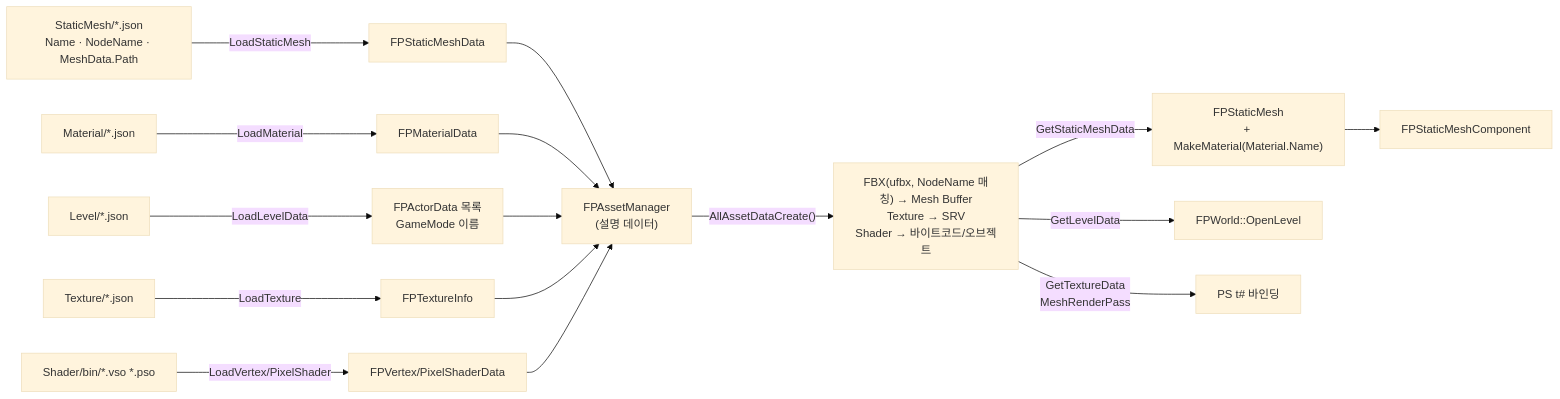
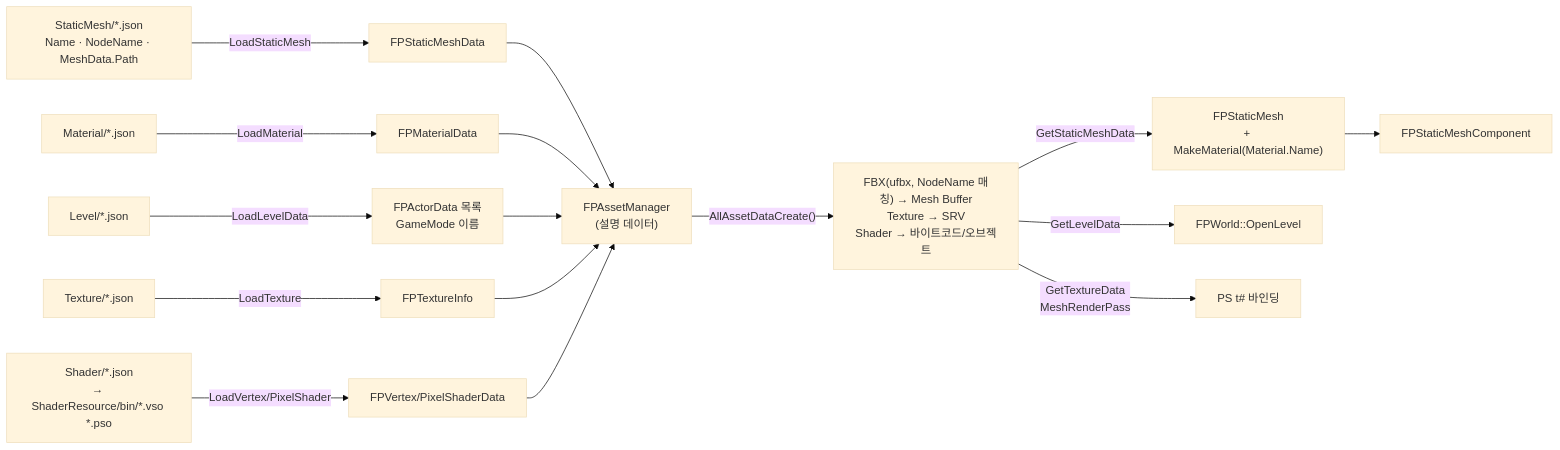
Diagram 14 of 15 in README.md (Gat-Young/ForestPearlEngine), drawn with Mermaid (base theme) before and after one commit. The commit also changed other lines of this file and 1 other file, not shown here.

````diff
--- a/README.md
+++ b/README.md
@@ -1354,17 +1384,17 @@
 ```mermaid
 flowchart LR
     SMJ["StaticMesh/*.json<br/>Name · NodeName · MeshData.Path"] -->|"LoadStaticMesh"| SMD["FPStaticMeshData"]
     MJ["Material/*.json"] -->|"LoadMaterial"| MTD["FPMaterialData"]
     LVJ["Level/*.json"] -->|"LoadLevelData"| LVD["FPActorData 목록<br/>GameMode 이름"]
     TXJ["Texture/*.json"] -->|"LoadTexture"| TXI["FPTextureInfo"]
-    SH["Shader/bin/*.vso *.pso"] -->|"LoadVertex/PixelShader"| SHD["FPVertex/PixelShaderData"]
+    SH["Shader/*.json<br/>→ ShaderResource/bin/*.vso *.pso"] -->|"LoadVertex/PixelShader"| SHD["FPVertex/PixelShaderData"]
     SMD --> AM["FPAssetManager<br/>(설명 데이터)"]
     MTD --> AM
     LVD --> AM
     TXI --> AM
     SHD --> AM
     AM -->|"AllAssetDataCreate()"| CREATE["FBX(ufbx, NodeName 매칭) → Mesh Buffer<br/>Texture → SRV<br/>Shader → 바이트코드/오브젝트"]
     CREATE -->|"GetStaticMeshData"| SMO["FPStaticMesh<br/>+ MakeMaterial(Material.Name)"] --> SMC["FPStaticMeshComponent"]
     CREATE -->|"GetLevelData"| W["FPWorld::OpenLevel"]
     CREATE -->|"GetTextureData<br/>MeshRenderPass"| TXR["PS t# 바인딩"]
 ```
````
